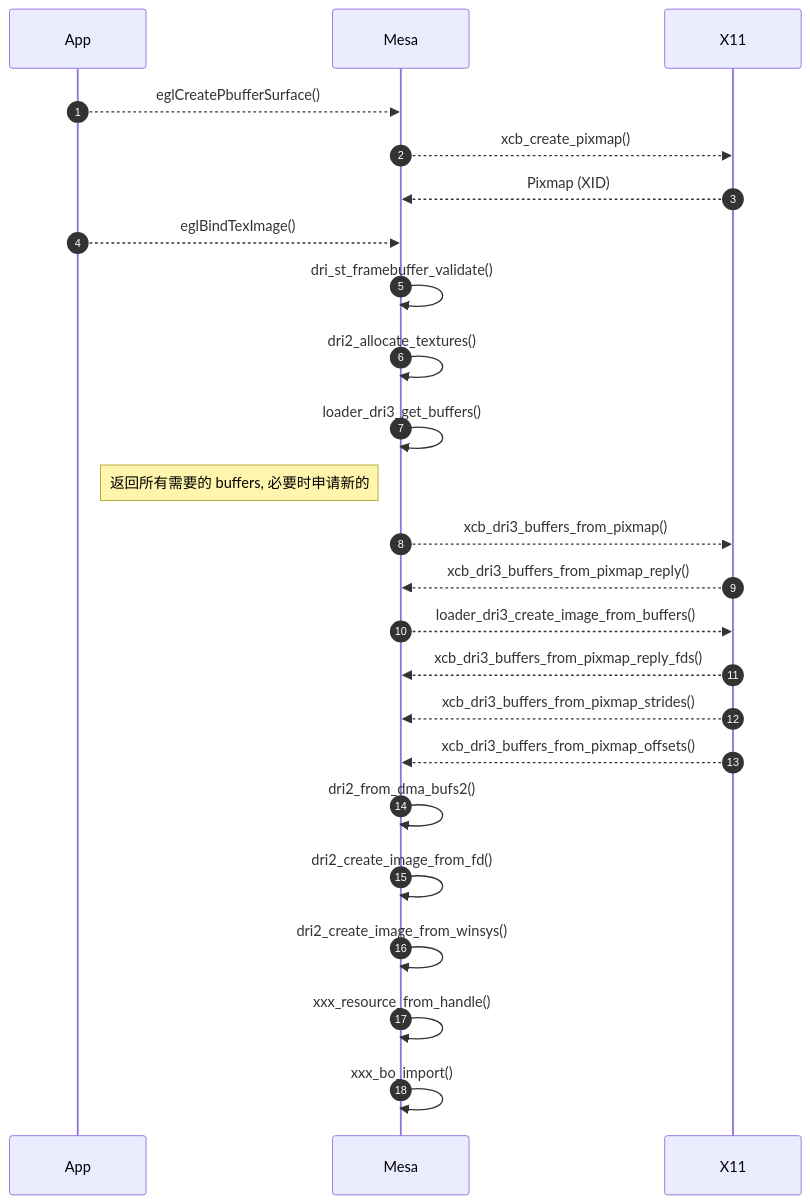
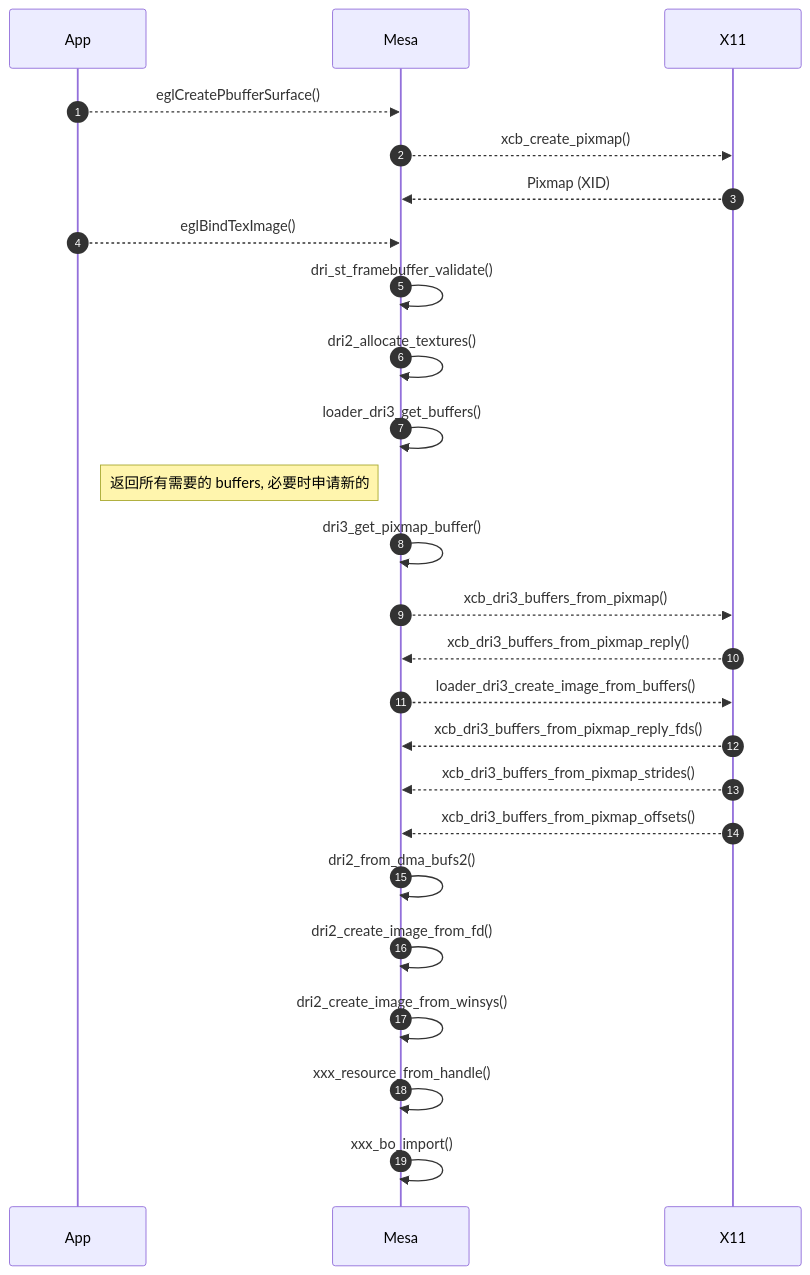
One commit to lucmann/lucmann.github.io changed the diagram in source/_posts/gfx/dri.md. Above: the diagram before and after it, drawn with Mermaid.

Commit message:
gfx: dri3_alloc_render_buffer mermaid

````diff
--- a/source/_posts/gfx/dri.md
+++ b/source/_posts/gfx/dri.md
@@ -30,27 +30,28 @@
 ```mermaid
 sequenceDiagram
     autonumber
     participant App
     participant Mesa
     participant X11
 
     App-->>Mesa: eglCreatePbufferSurface()
     Mesa-->>X11: xcb_create_pixmap()
     X11-->>Mesa: Pixmap (XID)
     App-->>Mesa: eglBindTexImage()
     Mesa->>Mesa: dri_st_framebuffer_validate()
     Mesa->>Mesa: dri2_allocate_textures()
     Mesa->>Mesa: loader_dri3_get_buffers()
     Note left of Mesa: 返回所有需要的 buffers, 必要时申请新的
+    Mesa->>Mesa: dri3_get_pixmap_buffer()
     Mesa-->>X11: xcb_dri3_buffers_from_pixmap()
     X11-->>Mesa: xcb_dri3_buffers_from_pixmap_reply()
     Mesa-->>X11: loader_dri3_create_image_from_buffers()
     X11-->>Mesa: xcb_dri3_buffers_from_pixmap_reply_fds()
     X11-->>Mesa: xcb_dri3_buffers_from_pixmap_strides()
     X11-->>Mesa: xcb_dri3_buffers_from_pixmap_offsets()
     Mesa->>Mesa: dri2_from_dma_bufs2()
     Mesa->>Mesa: dri2_create_image_from_fd()
     Mesa->>Mesa: dri2_create_image_from_winsys()
     Mesa->>Mesa: xxx_resource_from_handle()
     Mesa->>Mesa: xxx_bo_import()
 ```
````
